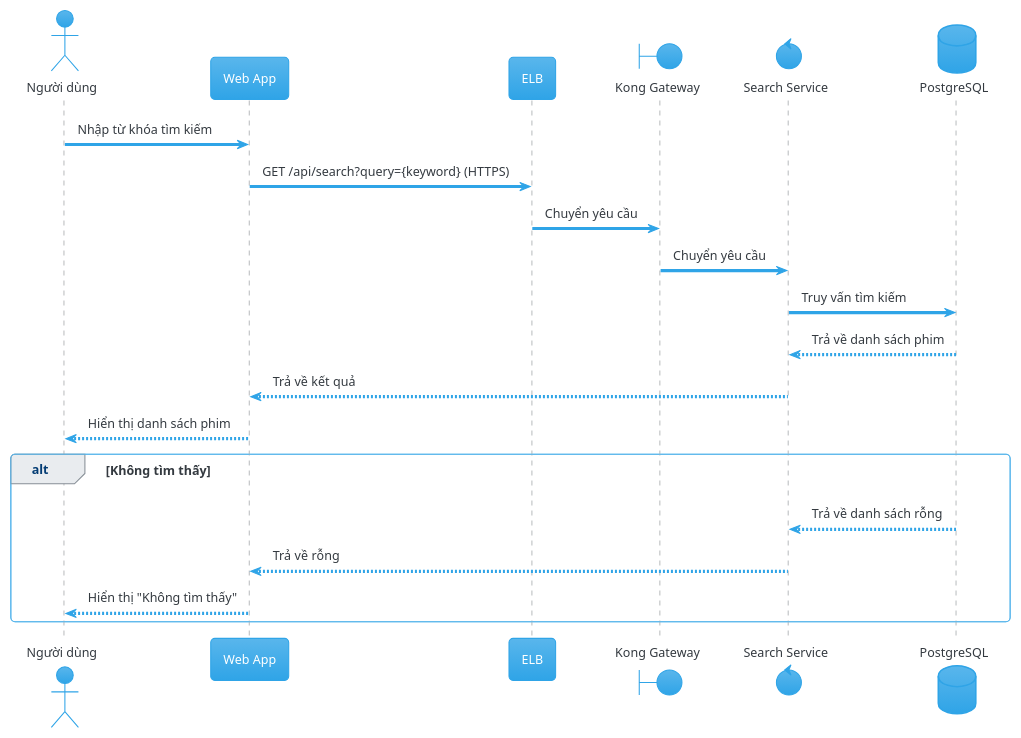
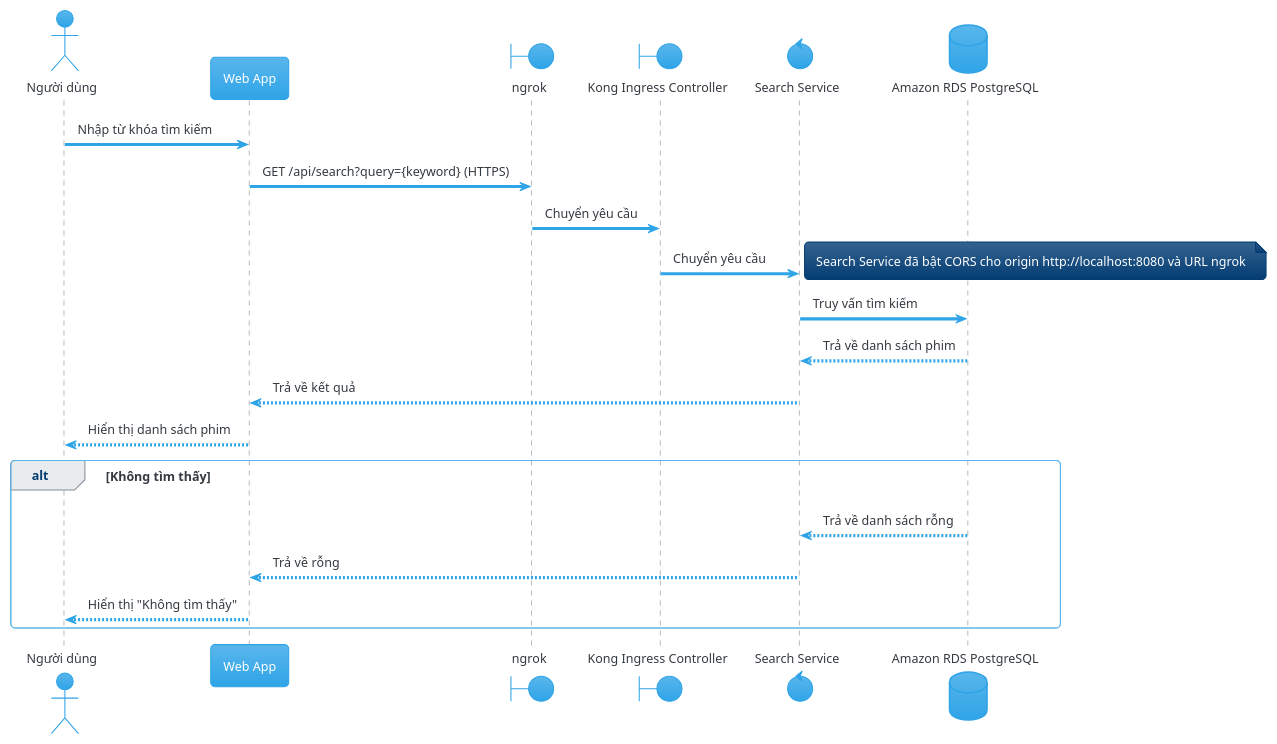
Before and after one commit to yacucdeptrai/movie-streaming-app: the diagram in sq_searchmovie.plantuml, drawn with PlantUML. The commit also changed 9 other files, not shown here.

```diff
--- a/sq_searchmovie.plantuml
+++ b/sq_searchmovie.plantuml
@@ -1,26 +1,27 @@
 @startuml
 !theme cerulean
 
 actor "Người dùng" as User
 participant "Web App" as FE
-participant "ELB" as ELB
-boundary "Kong Gateway" as KG
+boundary "ngrok" as ngrok
+boundary "Kong Ingress Controller" as KG
 control "Search Service" as SRS
-database "PostgreSQL" as PG
+database "Amazon RDS PostgreSQL" as PG
 
 User -> FE: Nhập từ khóa tìm kiếm
-FE -> ELB: GET /api/search?query={keyword} (HTTPS)
-ELB -> KG: Chuyển yêu cầu
+FE -> ngrok: GET /api/search?query={keyword} (HTTPS)
+ngrok -> KG: Chuyển yêu cầu
 KG -> SRS: Chuyển yêu cầu
+note right: Search Service đã bật CORS cho origin http://localhost:8080 và URL ngrok
 SRS -> PG: Truy vấn tìm kiếm
 PG --> SRS: Trả về danh sách phim
 SRS --> FE: Trả về kết quả
 FE --> User: Hiển thị danh sách phim
 
 alt Không tìm thấy
     PG --> SRS: Trả về danh sách rỗng
     SRS --> FE: Trả về rỗng
     FE --> User: Hiển thị "Không tìm thấy"
 end alt
 
 @enduml
```
